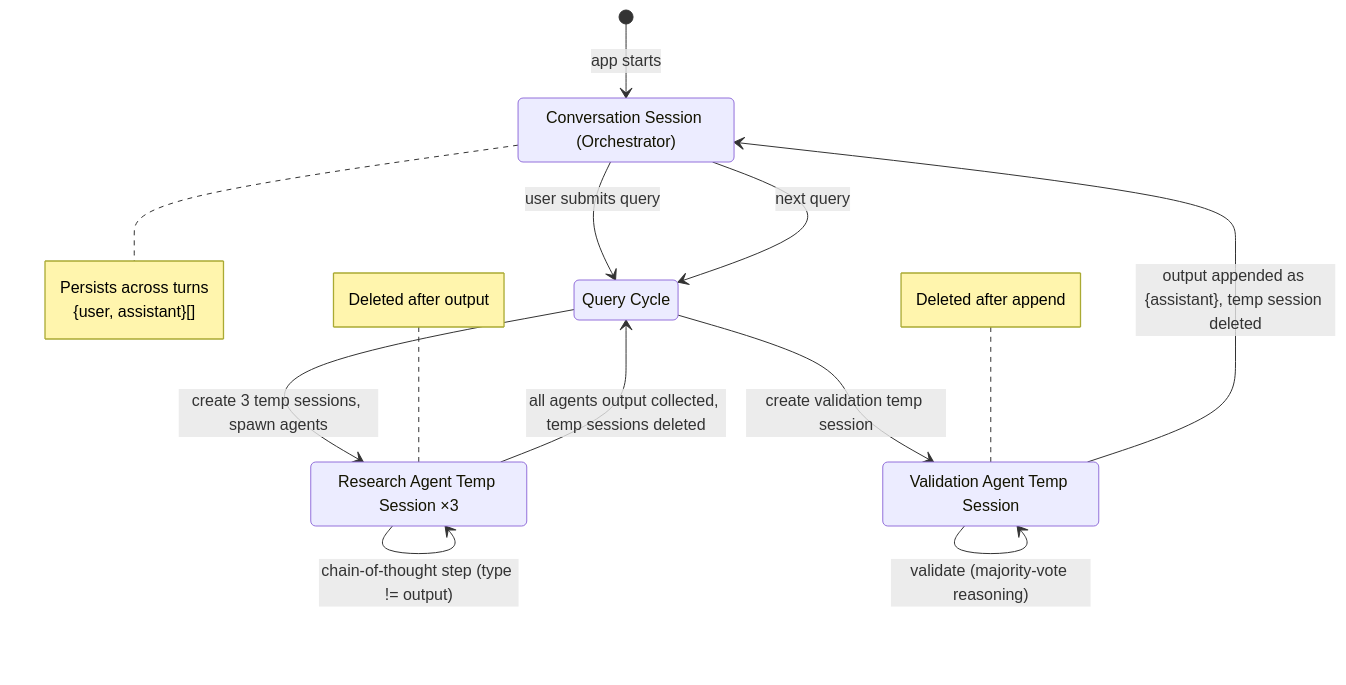
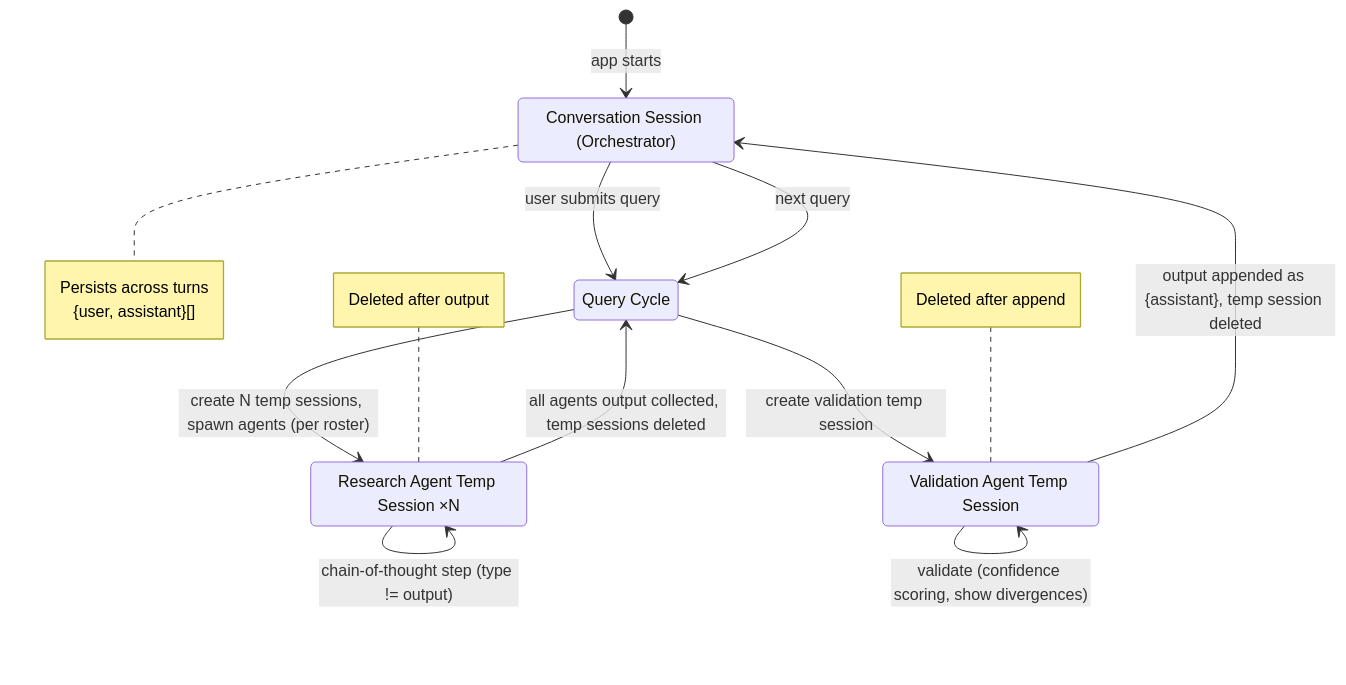
The third of 6 diagrams in _bmad-output/planning-artifacts/architecture-diagrams.md (Glitch-guy0/self-consistency-research-agent), drawn with Mermaid before and after one commit. The commit also changed other lines of this file and 7 other files, not shown here.

````diff
--- a/_bmad-output/planning-artifacts/architecture-diagrams.md
+++ b/_bmad-output/planning-artifacts/architecture-diagrams.md
@@ -130,21 +135,21 @@
 ```mermaid
 stateDiagram-v2
     state "Conversation Session (Orchestrator)" as CS
     state "Query Cycle" as QC
-    state "Research Agent Temp Session ×3" as RAS
+    state "Research Agent Temp Session ×N" as RAS
     state "Validation Agent Temp Session" as VAS
 
     [*] --> CS: app starts
     CS --> QC: user submits query
-    QC --> RAS: create 3 temp sessions, spawn agents
+    QC --> RAS: create N temp sessions, spawn agents (per roster)
     RAS --> RAS: chain-of-thought step (type != output)
     RAS --> QC: all agents output collected, temp sessions deleted
     QC --> VAS: create validation temp session
-    VAS --> VAS: validate (majority-vote reasoning)
+    VAS --> VAS: validate (confidence scoring, show divergences)
     VAS --> CS: output appended as {assistant}, temp session deleted
     CS --> QC: next query
 
     note right of CS: Persists across turns<br/>{user, assistant}[]
     note left of RAS: Deleted after output
     note left of VAS: Deleted after append
 ```
````
